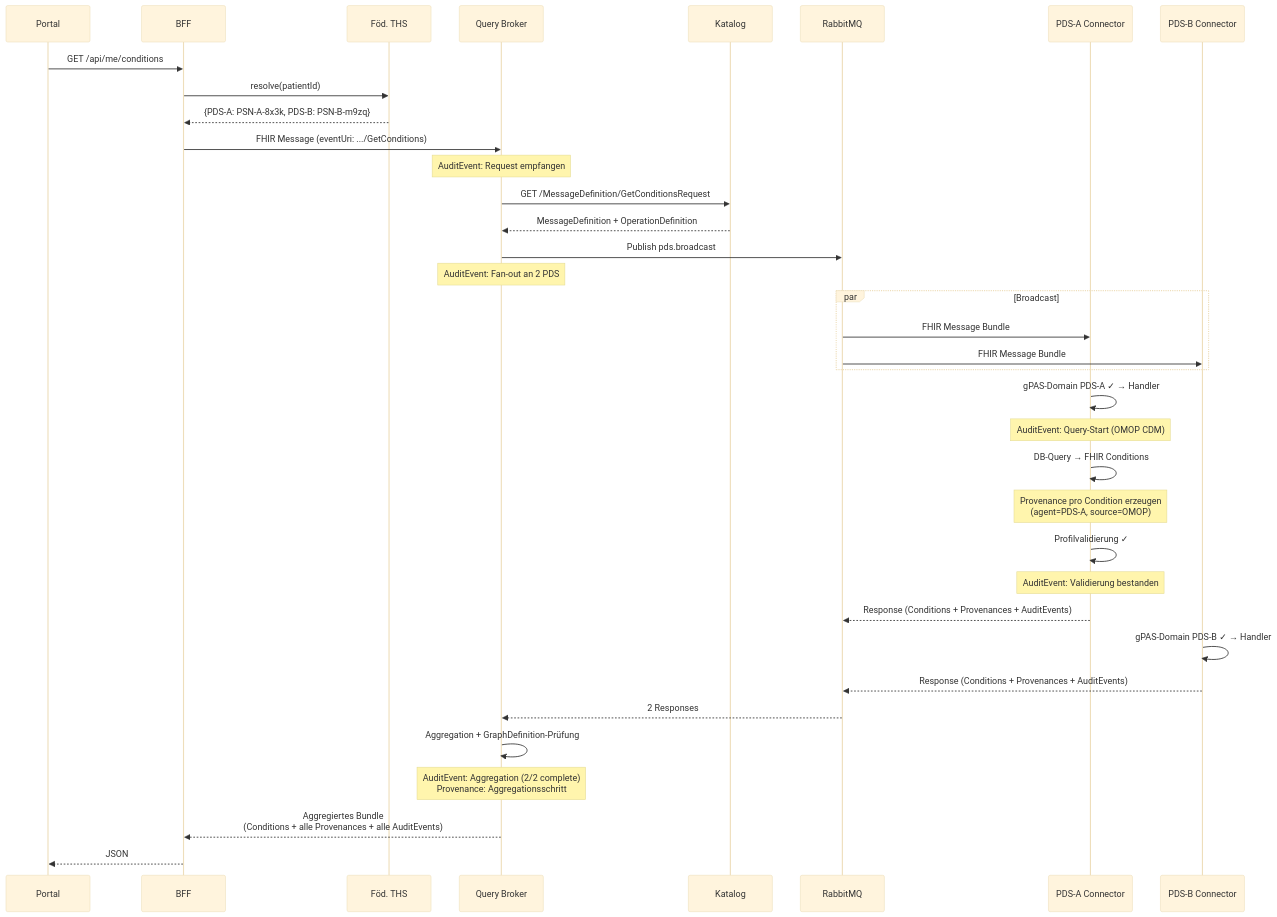
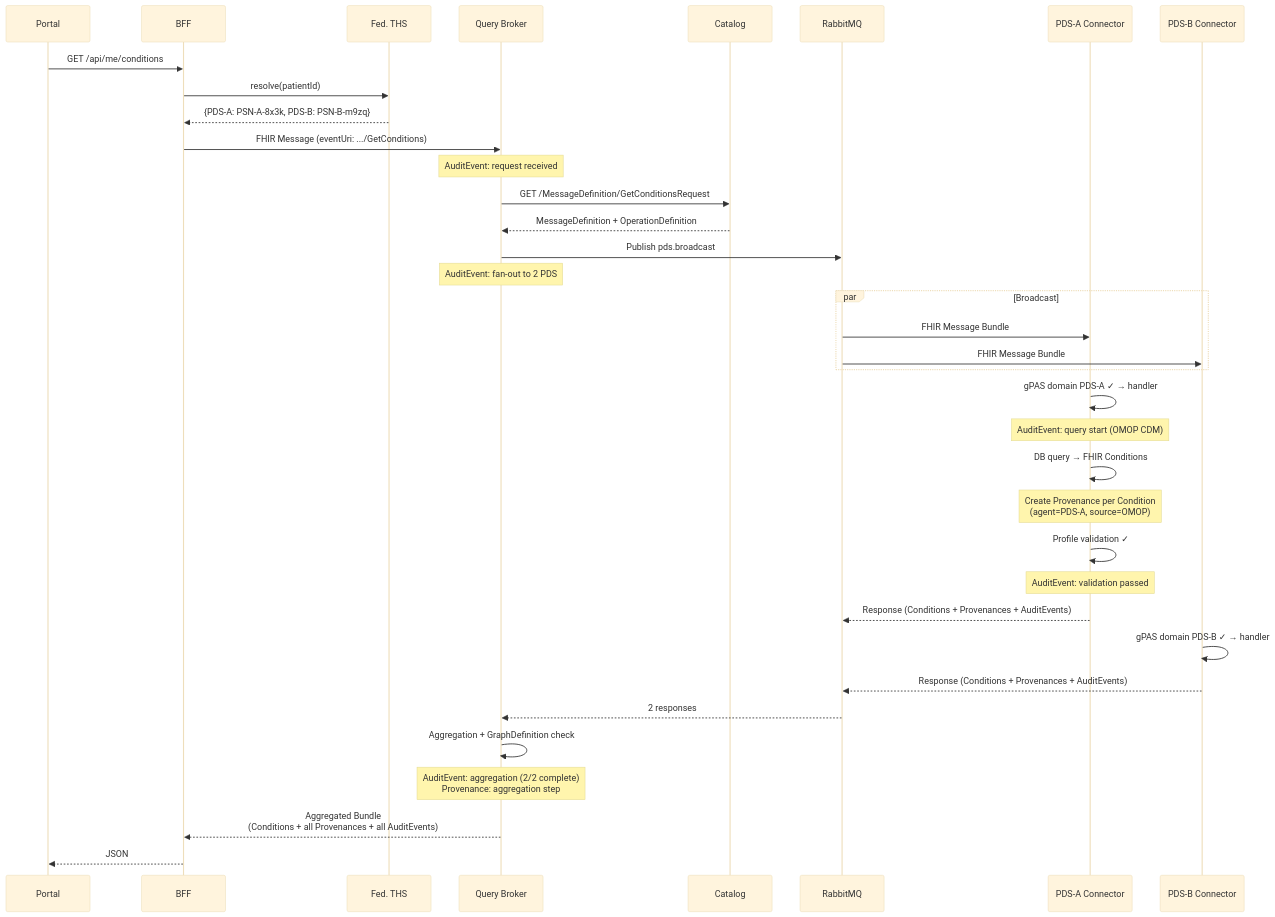
One commit to forschungsgruppe-digital-health/pds-query-broker changed the sixth of 9 diagrams in docs/ARCHITECTURE.md. Above: the diagram before and after it, drawn with Mermaid (base theme). The commit also changed other lines of this file and 40 other files, not shown here.

````diff
--- a/docs/ARCHITECTURE.md
+++ b/docs/ARCHITECTURE.md
@@ -246,46 +246,46 @@
 ```mermaid
 sequenceDiagram
     participant P as Portal
     participant B as BFF
-    participant THS as Föd. THS
+    participant THS as Fed. THS
     participant QB as Query Broker
-    participant CAT as Katalog
+    participant CAT as Catalog
     participant MQ as RabbitMQ
     participant CA as PDS-A Connector
     participant CB as PDS-B Connector
 
     P->>B: GET /api/me/conditions
     B->>THS: resolve(patientId)
     THS-->>B: {PDS-A: PSN-A-8x3k, PDS-B: PSN-B-m9zq}
     B->>QB: FHIR Message (eventUri: .../GetConditions)
 
-    Note over QB: AuditEvent: Request empfangen
+    Note over QB: AuditEvent: request received
 
     QB->>CAT: GET /MessageDefinition/GetConditionsRequest
     CAT-->>QB: MessageDefinition + OperationDefinition
 
     QB->>MQ: Publish pds.broadcast
-    Note over QB: AuditEvent: Fan-out an 2 PDS
+    Note over QB: AuditEvent: fan-out to 2 PDS
 
     par Broadcast
         MQ->>CA: FHIR Message Bundle
         MQ->>CB: FHIR Message Bundle
     end
 
-    CA->>CA: gPAS-Domain PDS-A ✓ → Handler
-    Note over CA: AuditEvent: Query-Start (OMOP CDM)
-    CA->>CA: DB-Query → FHIR Conditions
-    Note over CA: Provenance pro Condition erzeugen<br/>(agent=PDS-A, source=OMOP)
-    CA->>CA: Profilvalidierung ✓
-    Note over CA: AuditEvent: Validierung bestanden
+    CA->>CA: gPAS domain PDS-A ✓ → handler
+    Note over CA: AuditEvent: query start (OMOP CDM)
+    CA->>CA: DB query → FHIR Conditions
+    Note over CA: Create Provenance per Condition<br/>(agent=PDS-A, source=OMOP)
+    CA->>CA: Profile validation ✓
+    Note over CA: AuditEvent: validation passed
     CA-->>MQ: Response (Conditions + Provenances + AuditEvents)
 
-    CB->>CB: gPAS-Domain PDS-B ✓ → Handler
+    CB->>CB: gPAS domain PDS-B ✓ → handler
     CB-->>MQ: Response (Conditions + Provenances + AuditEvents)
 
-    MQ-->>QB: 2 Responses
-    QB->>QB: Aggregation + GraphDefinition-Prüfung
-    Note over QB: AuditEvent: Aggregation (2/2 complete)<br/>Provenance: Aggregationsschritt
-    QB-->>B: Aggregiertes Bundle<br/>(Conditions + alle Provenances + alle AuditEvents)
+    MQ-->>QB: 2 responses
+    QB->>QB: Aggregation + GraphDefinition check
+    Note over QB: AuditEvent: aggregation (2/2 complete)<br/>Provenance: aggregation step
+    QB-->>B: Aggregated Bundle<br/>(Conditions + all Provenances + all AuditEvents)
     B-->>P: JSON
 ```
````
